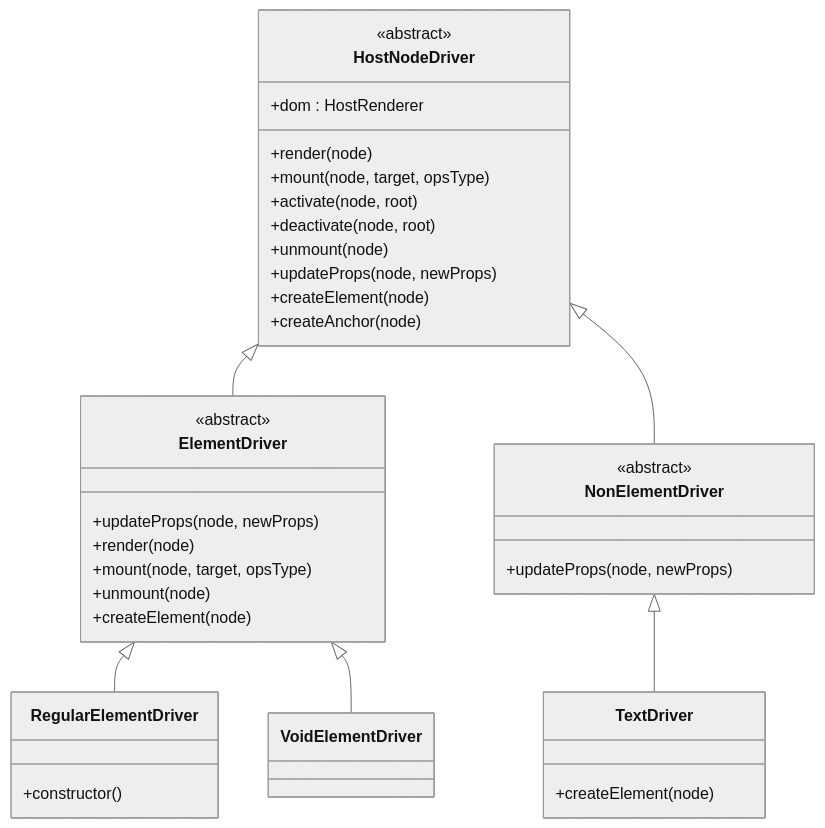
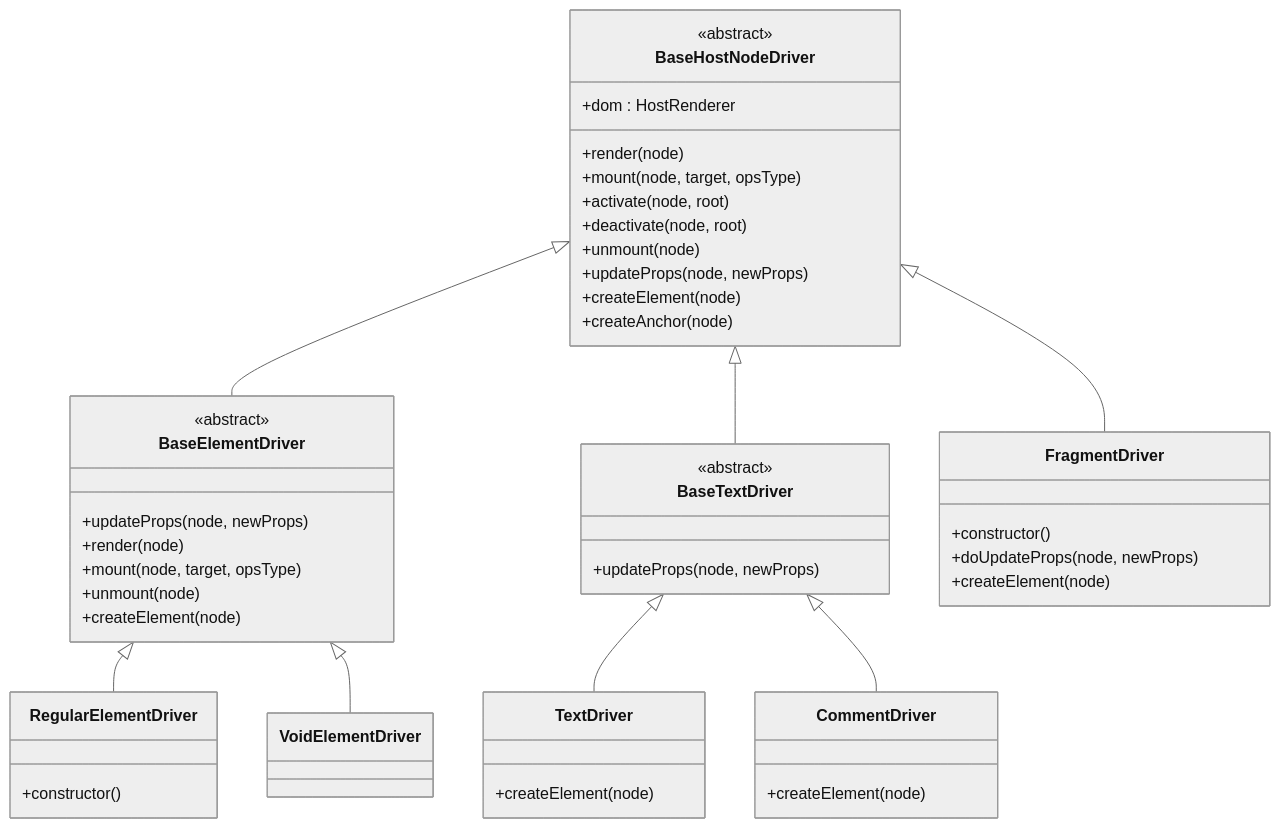
One commit to vitarx-lib/core changed the first of 5 diagrams in .qoder/repowiki/zh/content/核心概念/渲染机制/驱动抽象层/驱动抽象层.md. Above: the diagram before and after it, drawn with Mermaid (neutral theme). The commit also changed other lines of this file and 3 other files, not shown here.

````diff
--- a/.qoder/repowiki/zh/content/核心概念/渲染机制/驱动抽象层/驱动抽象层.md
+++ b/.qoder/repowiki/zh/content/核心概念/渲染机制/驱动抽象层/驱动抽象层.md
@@ -40,40 +50,50 @@
 ```mermaid
 classDiagram
-class HostNodeDriver {
+class BaseHostNodeDriver {
 <<abstract>>
 +dom : HostRenderer
 +render(node)
 +mount(node, target, opsType)
 +activate(node, root)
 +deactivate(node, root)
 +unmount(node)
 +updateProps(node, newProps)
 +createElement(node)
 +createAnchor(node)
 }
-class ElementDriver {
+class BaseElementDriver {
 <<abstract>>
 +updateProps(node, newProps)
 +render(node)
 +mount(node, target, opsType)
 +unmount(node)
 +createElement(node)
 }
-class NonElementDriver {
+class BaseTextDriver {
 <<abstract>>
 +updateProps(node, newProps)
 }
 class RegularElementDriver {
 +constructor()
 }
 class VoidElementDriver {
 }
 class TextDriver {
 +createElement(node)
 }
-HostNodeDriver <|-- ElementDriver
-HostNodeDriver <|-- NonElementDriver
-ElementDriver <|-- RegularElementDriver
-ElementDriver <|-- VoidElementDriver
-NonElementDriver <|-- TextDriver
+class CommentDriver {
++createElement(node)
+}
+class FragmentDriver {
++constructor()
++doUpdateProps(node, newProps)
++createElement(node)
+}
+BaseHostNodeDriver <|-- BaseElementDriver
+BaseHostNodeDriver <|-- BaseTextDriver
+BaseElementDriver <|-- RegularElementDriver
+BaseElementDriver <|-- VoidElementDriver
+BaseTextDriver <|-- TextDriver
+BaseTextDriver <|-- CommentDriver
+BaseHostNodeDriver <|-- FragmentDriver
 ```
````
